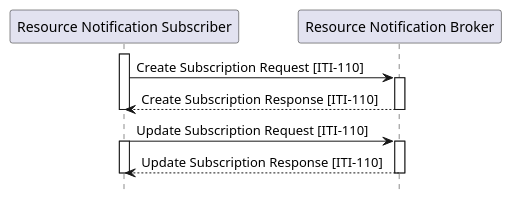
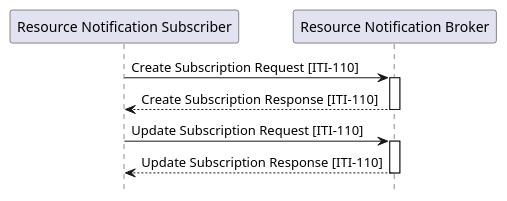
Before and after one commit to IHE/ITI.DSUBm: the diagram in input/images-source/ITI-110-seq.plantuml, drawn with PlantUML. The commit also changed 3 other files, not shown here.

```diff
--- a/input/images-source/ITI-110-seq.plantuml
+++ b/input/images-source/ITI-110-seq.plantuml
@@ -1,31 +1,29 @@
 @startuml
 hide footbox
 participant "Resource Notification Subscriber" as  Subscriber
 participant "Resource Notification Broker" as  Broker
-activate Subscriber
+
 Subscriber -> Broker : Create Subscription Request [ITI-110]
 activate Broker
 /'
 participant "Resource Notification Recipient" as  Recipient
 opt handskake HTTPS   
   Broker -> Recipient: Handshake Notification
   alt Handshake Success
   Recipient -> Broker: 200 OK 
   else Handshake Failure
   Recipient ->Broker: 404 Not Found
   end
 end
 '/
 Broker --> Subscriber :Create Subscription Response [ITI-110]
 deactivate Broker
-deactivate Subscriber
 
 
 Subscriber -> Broker: Update Subscription Request [ITI-110]
-activate Subscriber
+
 activate Broker
 Broker --> Subscriber: Update Subscription Response [ITI-110]
 deactivate Broker
-deactivate Subscriber
 
 @enduml
```
